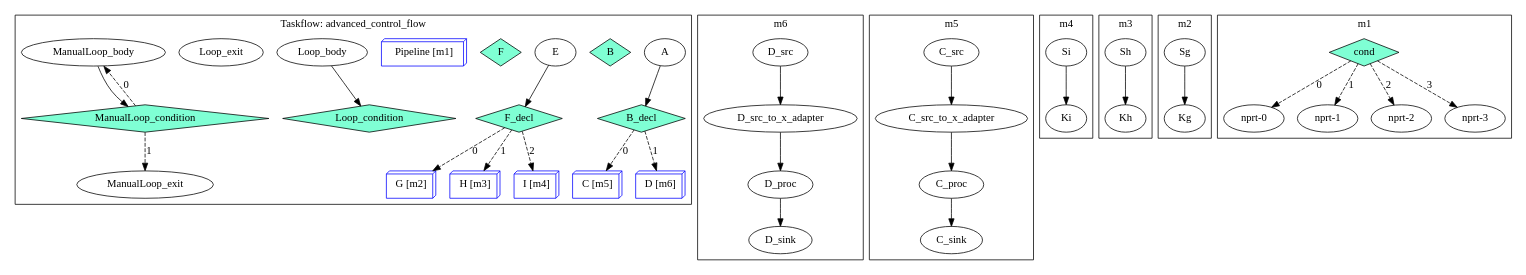
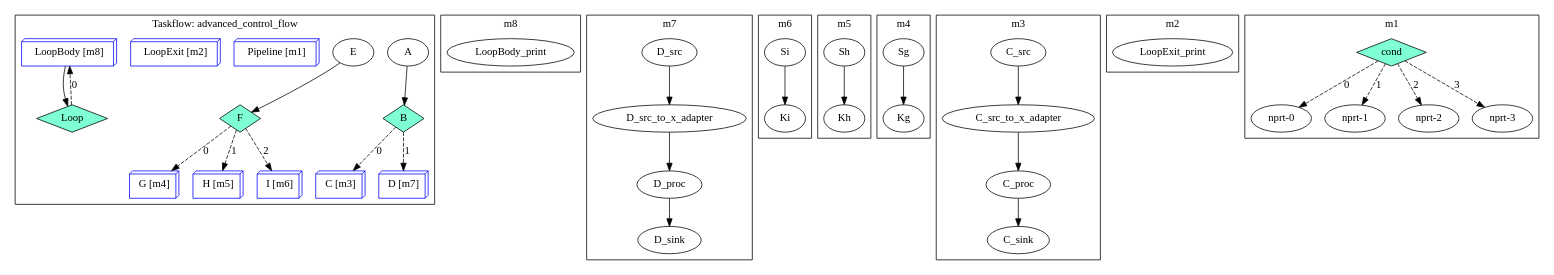
Before and after one commit to Mapoet/taskflow: the second of 2 diagrams in workflow/KEY_BASED_API.md, drawn with Graphviz. The commit also changed 3 other files, not shown here.

````diff
--- a/workflow/KEY_BASED_API.md
+++ b/workflow/KEY_BASED_API.md
@@ -538,86 +538,87 @@
 ```dot
 digraph Taskflow {
-subgraph cluster_p0x7ffdc7cb6fb0 {
+subgraph cluster_p0x7fffd8e42c40 {
 label="Taskflow: advanced_control_flow";
-p0x626c0a7c3500[label="A" ];
-p0x626c0a7c3500 -> p0x626c0a7c6930;
-p0x626c0a7c3640[label="B" shape=diamond color=black fillcolor=aquamarine style=filled];
-p0x626c0a7c70a0[label="E" ];
-p0x626c0a7c70a0 -> p0x626c0a7ca000;
-p0x626c0a7c71e0[label="F" shape=diamond color=black fillcolor=aquamarine style=filled];
-p0x626c0a7ca7b0[shape=box3d, color=blue, label="Pipeline [m1]"];
-p0x626c0a7ca9f0[label="Loop_body" ];
-p0x626c0a7ca9f0 -> p0x626c0a7caad0;
-p0x626c0a7cac40[label="Loop_exit" ];
-p0x626c0a7c8070[shape=box3d, color=blue, label="G [m2]"];
-p0x626c0a7c8fb0[shape=box3d, color=blue, label="H [m3]"];
-p0x626c0a7c9f20[shape=box3d, color=blue, label="I [m4]"];
-p0x626c0a7ca000[label="F_decl" shape=diamond color=black fillcolor=aquamarine style=filled];
-p0x626c0a7ca000 -> p0x626c0a7c8070 [style=dashed label="0"];
-p0x626c0a7ca000 -> p0x626c0a7c8fb0 [style=dashed label="1"];
-p0x626c0a7ca000 -> p0x626c0a7c9f20 [style=dashed label="2"];
-p0x626c0a7c6930[label="B_decl" shape=diamond color=black fillcolor=aquamarine style=filled];
-p0x626c0a7c6930 -> p0x626c0a7c4fb0 [style=dashed label="0"];
-p0x626c0a7c6930 -> p0x626c0a7c6850 [style=dashed label="1"];
-p0x626c0a7c4fb0[shape=box3d, color=blue, label="C [m5]"];
-p0x626c0a7caad0[label="Loop_condition" shape=diamond color=black fillcolor=aquamarine style=filled];
-p0x626c0a7c6850[shape=box3d, color=blue, label="D [m6]"];
-p0x626c0a7cad20[label="ManualLoop_body" ];
-p0x626c0a7cad20 -> p0x626c0a7cae00;
-p0x626c0a7cae00[label="ManualLoop_condition" shape=diamond color=black fillcolor=aquamarine style=filled];
-p0x626c0a7cae00 -> p0x626c0a7cad20 [style=dashed label="0"];
-p0x626c0a7cae00 -> p0x626c0a7caff0 [style=dashed label="1"];
-p0x626c0a7caff0[label="ManualLoop_exit" ];
+p0x60561c8e6500[label="A" ];
+p0x60561c8e6500 -> p0x60561c8e9720;
+p0x60561c8e9ea0[label="E" ];
+p0x60561c8e9ea0 -> p0x60561c8ecbc0;
+p0x60561c8ed3b0[shape=box3d, color=blue, label="Pipeline [m1]"];
+p0x60561c8ee030[shape=box3d, color=blue, label="LoopExit [m2]"];
+p0x60561c8e7db0[shape=box3d, color=blue, label="C [m3]"];
+p0x60561c8eac70[shape=box3d, color=blue, label="G [m4]"];
+p0x60561c8ebbb0[shape=box3d, color=blue, label="H [m5]"];
+p0x60561c8ecae0[shape=box3d, color=blue, label="I [m6]"];
+p0x60561c8ecbc0[label="F" shape=diamond color=black fillcolor=aquamarine style=filled];
+p0x60561c8ecbc0 -> p0x60561c8eac70 [style=dashed label="0"];
+p0x60561c8ecbc0 -> p0x60561c8ebbb0 [style=dashed label="1"];
+p0x60561c8ecbc0 -> p0x60561c8ecae0 [style=dashed label="2"];
+p0x60561c8e9640[shape=box3d, color=blue, label="D [m7]"];
+p0x60561c8eda50[shape=box3d, color=blue, label="LoopBody [m8]"];
+p0x60561c8eda50->p0x60561c8ee110;
+p0x60561c8e9720[label="B" shape=diamond color=black fillcolor=aquamarine style=filled];
+p0x60561c8e9720 -> p0x60561c8e7db0 [style=dashed label="0"];
+p0x60561c8e9720 -> p0x60561c8e9640 [style=dashed label="1"];
+p0x60561c8ee110[label="Loop" shape=diamond color=black fillcolor=aquamarine style=filled];
+p0x60561c8ee110 -> p0x60561c8eda50 [style=dashed label="0"];
 }
-subgraph cluster_p0x626c0a7c50e0 {
+subgraph cluster_p0x60561c8ed5c0 {
+label="m8";
+p0x60561c8ed970[label="LoopBody_print" ];
+}
+subgraph cluster_p0x60561c8e7ee0 {
+label="m7";
+p0x60561c8e8920[label="D_src" ];
+p0x60561c8e8920 -> p0x60561c8e8a00;
+p0x60561c8e8a00[label="D_src_to_x_adapter" ];
+p0x60561c8e8a00 -> p0x60561c8e9370;
+p0x60561c8e9370[label="D_proc" ];
+p0x60561c8e9370 -> p0x60561c8e9520;
+p0x60561c8e9520[label="D_sink" ];
+}
+subgraph cluster_p0x60561c8ebce0 {
 label="m6";
-p0x626c0a7c5b50[label="D_src" ];
-p0x626c0a7c5b50 -> p0x626c0a7c5c30;
-p0x626c0a7c5c30[label="D_src_to_x_adapter" ];
-p0x626c0a7c5c30 -> p0x626c0a7c6580;
-p0x626c0a7c6580[label="D_proc" ];
-p0x626c0a7c6580 -> p0x626c0a7c6730;
-p0x626c0a7c6730[label="D_sink" ];
+p0x60561c8ec7a0[label="Si" ];
+p0x60561c8ec7a0 -> p0x60561c8ec9a0;
+p0x60561c8ec9a0[label="Ki" ];
 }
-subgraph cluster_p0x626c0a7c3790 {
+subgraph cluster_p0x60561c8eada0 {
 label="m5";
-p0x626c0a7c4290[label="C_src" ];
-p0x626c0a7c4290 -> p0x626c0a7c4370;
-p0x626c0a7c4370[label="C_src_to_x_adapter" ];
-p0x626c0a7c4370 -> p0x626c0a7c4ce0;
-p0x626c0a7c4ce0[label="C_proc" ];
-p0x626c0a7c4ce0 -> p0x626c0a7c4e90;
-p0x626c0a7c4e90[label="C_sink" ];
+p0x60561c8eb890[label="Sh" ];
+p0x60561c8eb890 -> p0x60561c8eba90;
+p0x60561c8eba90[label="Kh" ];
 }
-subgraph cluster_p0x626c0a7c9170 {
+subgraph cluster_p0x60561c8e9fd0 {
 label="m4";
-p0x626c0a7c9be0[label="Si" ];
-p0x626c0a7c9be0 -> p0x626c0a7c9de0;
-p0x626c0a7c9de0[label="Ki" ];
+p0x60561c8ea950[label="Sg" ];
+p0x60561c8ea950 -> p0x60561c8eab50;
+p0x60561c8eab50[label="Kg" ];
 }
-subgraph cluster_p0x626c0a7c81a0 {
+subgraph cluster_p0x60561c8e6630 {
 label="m3";
-p0x626c0a7c8c90[label="Sh" ];
-p0x626c0a7c8c90 -> p0x626c0a7c8e90;
-p0x626c0a7c8e90[label="Kh" ];
+p0x60561c8e7070[label="C_src" ];
+p0x60561c8e7070 -> p0x60561c8e7170;
+p0x60561c8e7170[label="C_src_to_x_adapter" ];
+p0x60561c8e7170 -> p0x60561c8e7ae0;
+p0x60561c8e7ae0[label="C_proc" ];
+p0x60561c8e7ae0 -> p0x60561c8e7c90;
+p0x60561c8e7c90[label="C_sink" ];
 }
-subgraph cluster_p0x626c0a7c7310 {
+subgraph cluster_p0x60561c8edb80 {
 label="m2";
-p0x626c0a7c7d30[label="Sg" ];
-p0x626c0a7c7d30 -> p0x626c0a7c7f30;
-p0x626c0a7c7f30[label="Kg" ];
+p0x60561c8edf30[label="LoopExit_print" ];
 }
-subgraph cluster_p0x626c0a7ca130 {
+subgraph cluster_p0x60561c8ecd80 {
 label="m1";
-p0x626c0a7ca2e0[label="cond" shape=diamond color=black fillcolor=aquamarine style=filled];
-p0x626c0a7ca2e0 -> p0x626c0a7ca3c0 [style=dashed label="0"];
-p0x626c0a7ca2e0 -> p0x626c0a7ca4c0 [style=dashed label="1"];
-p0x626c0a7ca2e0 -> p0x626c0a7ca5a0 [style=dashed label="2"];
-p0x626c0a7ca2e0 -> p0x626c0a7ca680 [style=dashed label="3"];
-p0x626c0a7ca3c0[label="nprt-0" ];
-p0x626c0a7ca4c0[label="nprt-1" ];
-p0x626c0a7ca5a0[label="nprt-2" ];
-p0x626c0a7ca680[label="nprt-3" ];
+p0x60561c8ecf30[label="cond" shape=diamond color=black fillcolor=aquamarine style=filled];
+p0x60561c8ecf30 -> p0x60561c8ed010 [style=dashed label="0"];
+p0x60561c8ecf30 -> p0x60561c8ed110 [style=dashed label="1"];
+p0x60561c8ecf30 -> p0x60561c8ed1f0 [style=dashed label="2"];
+p0x60561c8ecf30 -> p0x60561c8ed2d0 [style=dashed label="3"];
+p0x60561c8ed010[label="nprt-0" ];
+p0x60561c8ed110[label="nprt-1" ];
+p0x60561c8ed1f0[label="nprt-2" ];
+p0x60561c8ed2d0[label="nprt-3" ];
 }
 }
 ```
````
